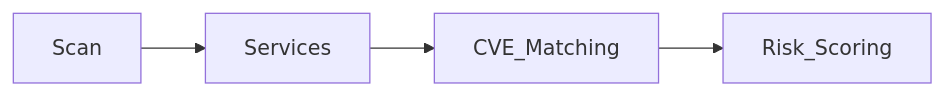
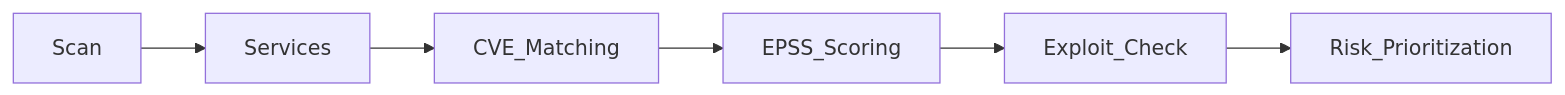
Before and after one commit to MrP-cpu/ThreatSight: the second of 3 diagrams in README.md, drawn with Mermaid. The commit also changed other lines of this file, not shown here.

````diff
--- a/README.md
+++ b/README.md
@@ -60,4 +98,4 @@
 ```mermaid
 flowchart LR
-    Scan-->Services-->CVE_Matching-->Risk_Scoring
+    Scan-->Services-->CVE_Matching-->EPSS_Scoring-->Exploit_Check-->Risk_Prioritization
 ```
````
